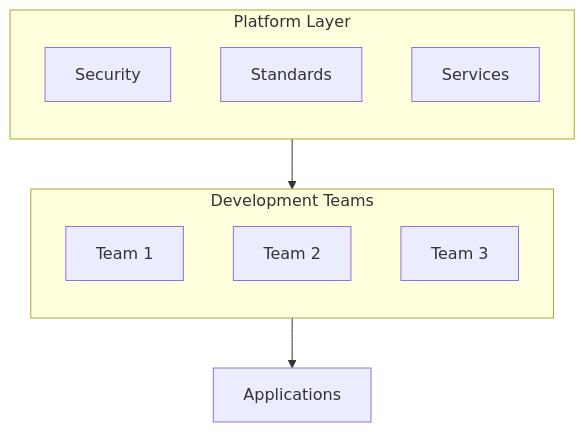
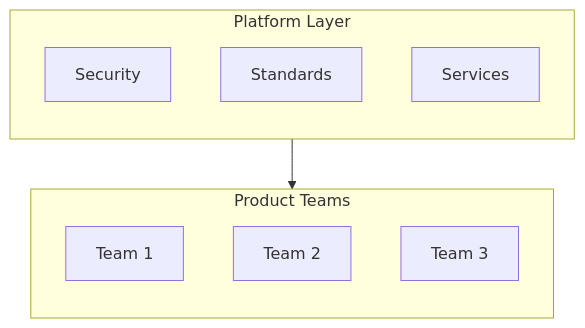
Before and after one commit to voioo/iac-pulumi-seminar: the fifth of 5 diagrams in pages/section-6.md, drawn with Mermaid. The commit also changed other lines of this file and 3 other files, not shown here.

````diff
--- a/pages/section-6.md
+++ b/pages/section-6.md
@@ -203,20 +383,19 @@
 ```mermaid {scale: 0.6}
 flowchart TB
     subgraph Platform ["Platform Layer"]
         direction TB
         S1[Security] 
         S2[Standards]
         S3[Services]
     end
 
-    subgraph Teams ["Development Teams"]
+    subgraph Teams ["Product Teams"]
         direction TB
         T1[Team 1]
         T2[Team 2]
         T3[Team 3]
     end
 
     Platform --> Teams
-    Teams --> A[Applications]
 
 ```
````
